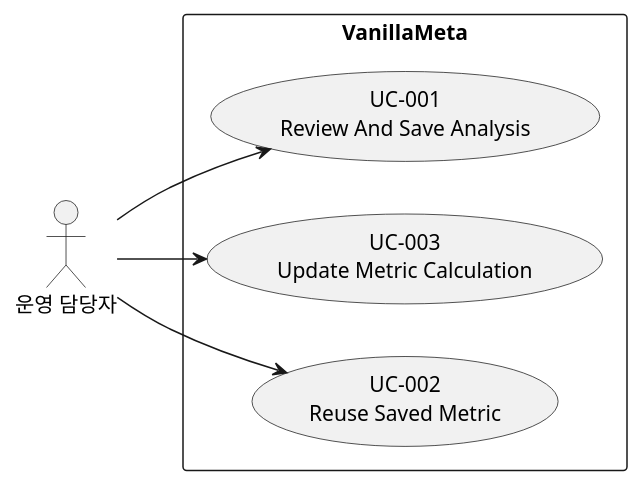
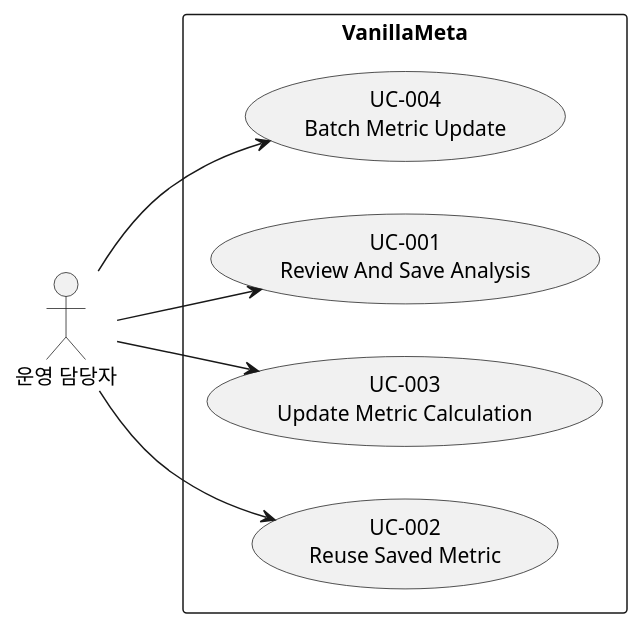
One commit to vanillabrain/vanillameta changed the diagram in docs/use_cases.puml. Above: the diagram before and after it, drawn with PlantUML. The commit also changed 18 other files, not shown here.

```diff
--- a/docs/use_cases.puml
+++ b/docs/use_cases.puml
@@ -1,12 +1,14 @@
 @startuml
 left to right direction
 actor "운영 담당자" as operator
 rectangle "VanillaMeta" {
+ usecase "UC-004\nBatch Metric Update" as UC004
  usecase "UC-001\nReview And Save Analysis" as UC001
  usecase "UC-003\nUpdate Metric Calculation" as UC003
  usecase "UC-002\nReuse Saved Metric" as UC002
 }
+operator --> UC004
 operator --> UC003
 operator --> UC002
 operator --> UC001
 @enduml
```
